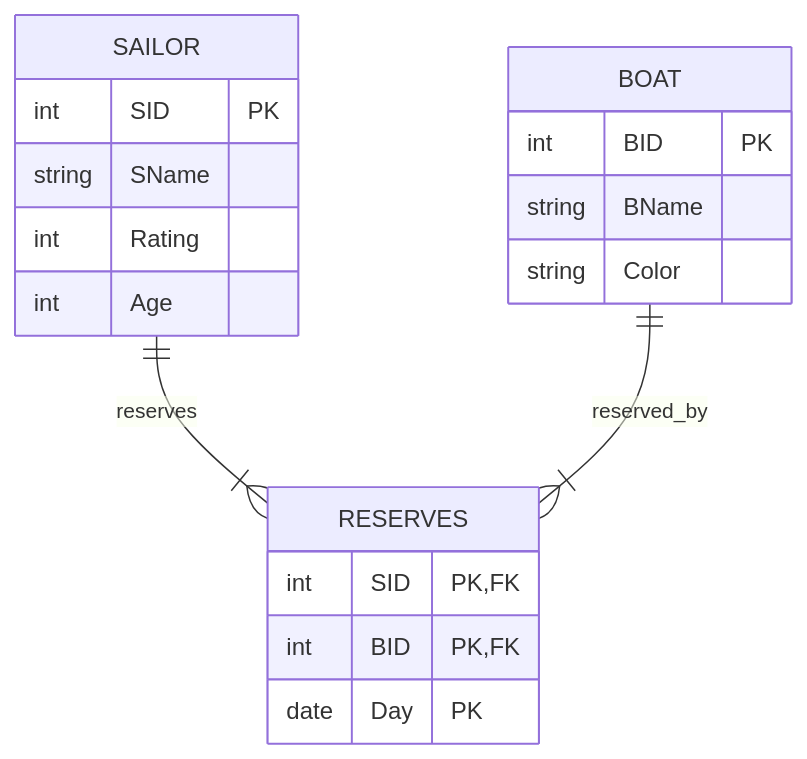
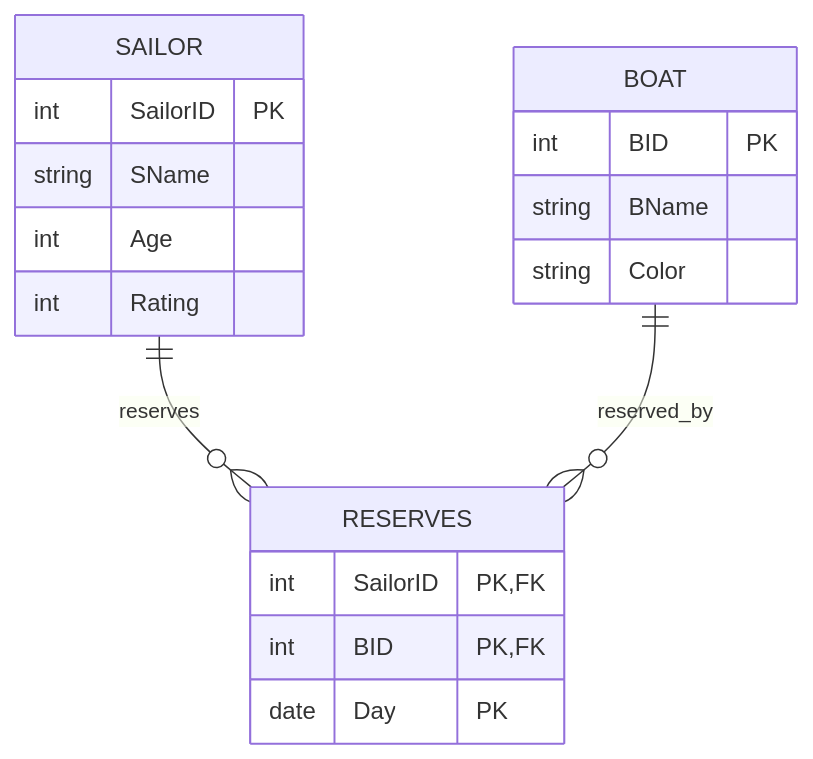
One commit to AnanthAkshay/SEM4_NOTES changed the diagram in DBMS_LAB/Experiment_3_Boat_Sailor_Reserves/Experiment_3.md. Above: the diagram before and after it, drawn with Mermaid. The commit also changed other lines of this file and 129 other files, not shown here.

````diff
--- a/DBMS_LAB/Experiment_3_Boat_Sailor_Reserves/Experiment_3.md
+++ b/DBMS_LAB/Experiment_3_Boat_Sailor_Reserves/Experiment_3.md
@@ -90,22 +62,22 @@
 ```mermaid
 erDiagram
-    SAILOR {
-        int SID PK
-        string SName
-        int Rating
-        int Age
-    }
     BOAT {
         int BID PK
         string BName
         string Color
     }
+    SAILOR {
+        int SailorID PK
+        string SName
+        int Age
+        int Rating
+    }
     RESERVES {
-        int SID PK, FK
+        int SailorID PK, FK
         int BID PK, FK
         date Day PK
     }
 
-    SAILOR ||--|{ RESERVES : "reserves"
-    BOAT ||--|{ RESERVES : "reserved_by"
+    SAILOR ||--o{ RESERVES : reserves
+    BOAT ||--o{ RESERVES : reserved_by
 ```
````
